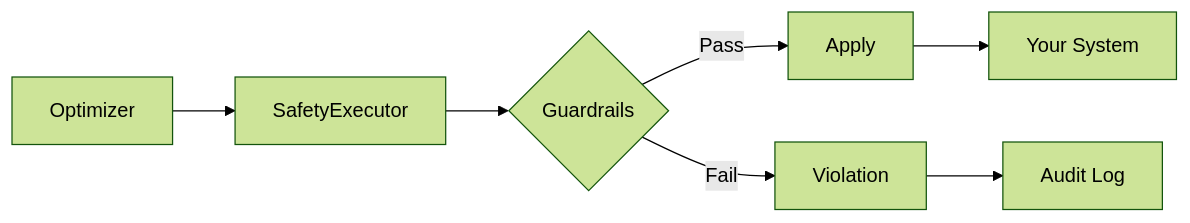
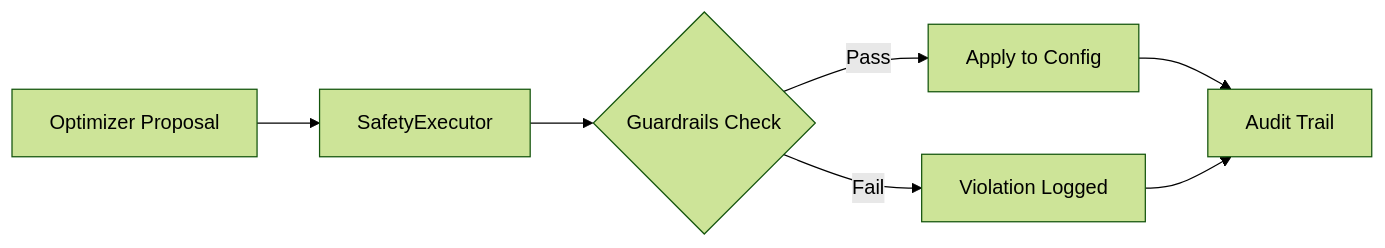
Before and after one commit to novelbytelabs/ArqonHPO: the diagram in docs/docs/documentation/concepts/safety.md, drawn with Mermaid (forest theme). The commit also changed other lines of this file and 207 other files, not shown here.

````diff
--- a/docs/docs/documentation/concepts/safety.md
+++ b/docs/docs/documentation/concepts/safety.md
@@ -23,9 +34,9 @@
 ```mermaid
 graph LR
-    A[Optimizer] --> B[SafetyExecutor]
-    B --> C{Guardrails}
-    C -->|Pass| D[Apply]
-    C -->|Fail| E[Violation]
-    D --> F[Your System]
-    E --> G[Audit Log]
+    A[Optimizer Proposal] --> B[SafetyExecutor]
+    B --> C{Guardrails Check}
+    C -->|Pass| D[Apply to Config]
+    C -->|Fail| E[Violation Logged]
+    D --> F[Audit Trail]
+    E --> F
 ```
````
